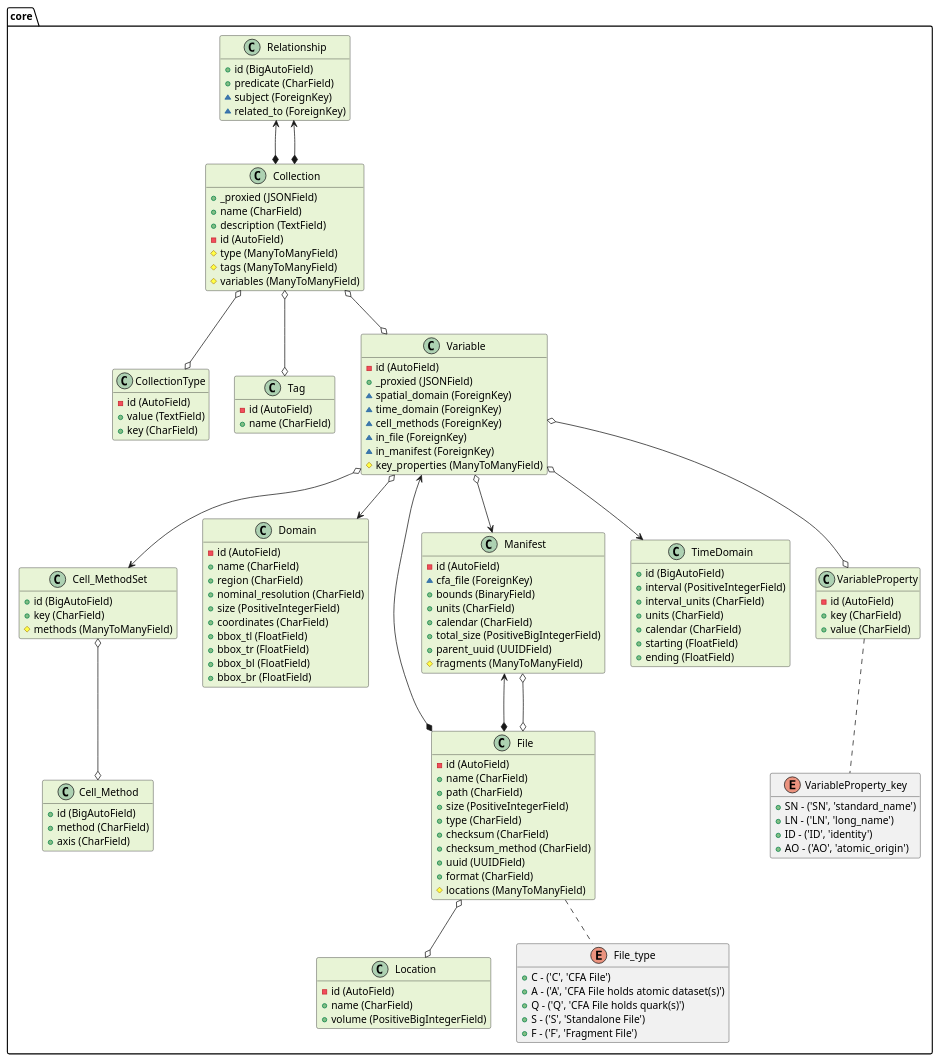
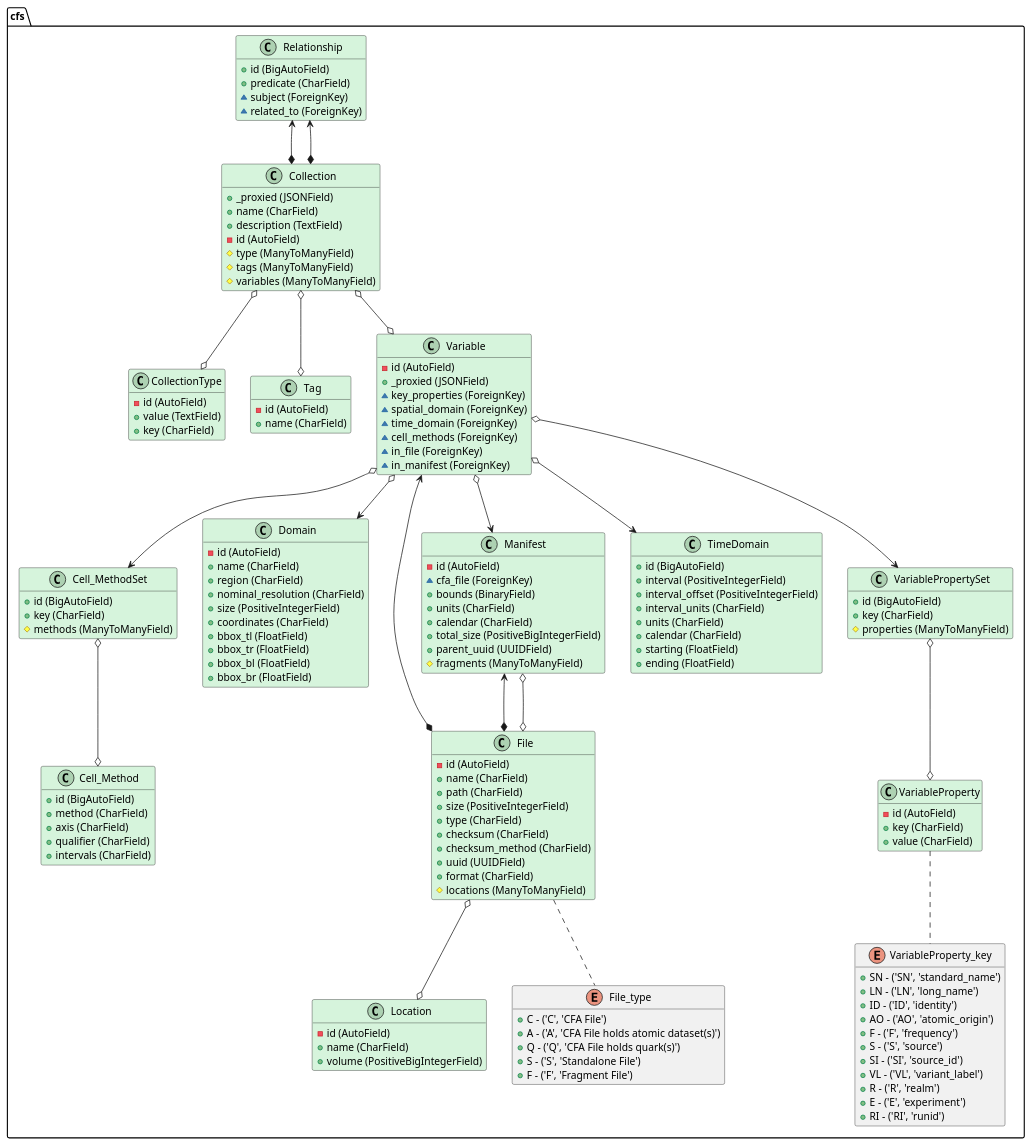
One commit to bnlawrence/cfs changed the diagram in docs/diagrams/src/db_uml.pu. Above: the diagram before and after it, drawn with PlantUML. The commit also changed 6 other files, not shown here.

```diff
--- a/docs/diagrams/src/db_uml.pu
+++ b/docs/diagrams/src/db_uml.pu
@@ -1,158 +1,176 @@
 @startuml 
 hide attributes
-class core.Cell_Method #e8f4d6 {
+class cfs.Cell_Method #d6f4dc {
     + id (BigAutoField)
     + method (CharField)
     + axis (CharField)
+    + qualifier (CharField)
+    + intervals (CharField)
 }
 
 
-class core.Cell_MethodSet #e8f4d6 {
+class cfs.Cell_MethodSet #d6f4dc {
     + id (BigAutoField)
     + key (CharField)
     # methods (ManyToManyField)
 }
-core.Cell_MethodSet o--o core.Cell_Method
+cfs.Cell_MethodSet o--o cfs.Cell_Method
 
 
-class core.CollectionType #e8f4d6 {
+class cfs.CollectionType #d6f4dc {
     - id (AutoField)
     + value (TextField)
     + key (CharField)
 }
 
 
-class core.Collection #e8f4d6 {
+class cfs.Collection #d6f4dc {
     + _proxied (JSONField)
     + name (CharField)
     + description (TextField)
     - id (AutoField)
     # type (ManyToManyField)
     # tags (ManyToManyField)
     # variables (ManyToManyField)
 }
-core.Collection o--o core.CollectionType
-core.Collection o--o core.Tag
-core.Collection o--o core.Variable
+cfs.Collection o--o cfs.CollectionType
+cfs.Collection o--o cfs.Tag
+cfs.Collection o--o cfs.Variable
 
 
-class core.Domain #e8f4d6 {
+class cfs.Domain #d6f4dc {
     - id (AutoField)
     + name (CharField)
     + region (CharField)
     + nominal_resolution (CharField)
     + size (PositiveIntegerField)
     + coordinates (CharField)
     + bbox_tl (FloatField)
     + bbox_tr (FloatField)
     + bbox_bl (FloatField)
     + bbox_br (FloatField)
 }
 
 
-class core.File #e8f4d6 {
+class cfs.File #d6f4dc {
     - id (AutoField)
     + name (CharField)
     + path (CharField)
     + size (PositiveIntegerField)
     + type (CharField)
     + checksum (CharField)
     + checksum_method (CharField)
     + uuid (UUIDField)
     + format (CharField)
     # locations (ManyToManyField)
 }
-core.File o--o core.Location
-core.File .- core.File_type
+cfs.File o--o cfs.Location
+cfs.File .- cfs.File_type
 
 
-class core.Location #e8f4d6 {
+class cfs.Location #d6f4dc {
     - id (AutoField)
     + name (CharField)
     + volume (PositiveBigIntegerField)
 }
 
 
-class core.Manifest #e8f4d6 {
+class cfs.Manifest #d6f4dc {
     - id (AutoField)
     ~ cfa_file (ForeignKey)
     + bounds (BinaryField)
     + units (CharField)
     + calendar (CharField)
     + total_size (PositiveBigIntegerField)
     + parent_uuid (UUIDField)
     # fragments (ManyToManyField)
 }
-core.Manifest <--* core.File
-core.Manifest o--o core.File
+cfs.Manifest <--* cfs.File
+cfs.Manifest o--o cfs.File
 
 
-class core.Relationship #e8f4d6 {
+class cfs.Relationship #d6f4dc {
     + id (BigAutoField)
     + predicate (CharField)
     ~ subject (ForeignKey)
     ~ related_to (ForeignKey)
 }
-core.Relationship <--* core.Collection
-core.Relationship <--* core.Collection
+cfs.Relationship <--* cfs.Collection
+cfs.Relationship <--* cfs.Collection
 
 
-class core.Tag #e8f4d6 {
+class cfs.Tag #d6f4dc {
     - id (AutoField)
     + name (CharField)
 }
 
 
-class core.TimeDomain #e8f4d6 {
+class cfs.TimeDomain #d6f4dc {
     + id (BigAutoField)
     + interval (PositiveIntegerField)
+    + interval_offset (PositiveIntegerField)
     + interval_units (CharField)
     + units (CharField)
     + calendar (CharField)
     + starting (FloatField)
     + ending (FloatField)
 }
 
 
-class core.VariableProperty #e8f4d6 {
+class cfs.VariableProperty #d6f4dc {
     - id (AutoField)
     + key (CharField)
     + value (CharField)
 }
-core.VariableProperty .- core.VariableProperty_key
+cfs.VariableProperty .- cfs.VariableProperty_key
 
 
-class core.Variable #e8f4d6 {
+class cfs.VariablePropertySet #d6f4dc {
+    + id (BigAutoField)
+    + key (CharField)
+    # properties (ManyToManyField)
+}
+cfs.VariablePropertySet o--o cfs.VariableProperty
+
+
+class cfs.Variable #d6f4dc {
     - id (AutoField)
     + _proxied (JSONField)
+    ~ key_properties (ForeignKey)
     ~ spatial_domain (ForeignKey)
     ~ time_domain (ForeignKey)
     ~ cell_methods (ForeignKey)
     ~ in_file (ForeignKey)
     ~ in_manifest (ForeignKey)
-    # key_properties (ManyToManyField)
 }
-core.Variable o--> core.Domain
-core.Variable o--> core.TimeDomain
-core.Variable o--> core.Cell_MethodSet
-core.Variable <--* core.File
-core.Variable o--> core.Manifest
-core.Variable o--o core.VariableProperty
+cfs.Variable o--> cfs.VariablePropertySet
+cfs.Variable o--> cfs.Domain
+cfs.Variable o--> cfs.TimeDomain
+cfs.Variable o--> cfs.Cell_MethodSet
+cfs.Variable <--* cfs.File
+cfs.Variable o--> cfs.Manifest
 
 
-enum core.File_type{
+enum cfs.File_type{
     + C - ('C', 'CFA File')
     + A - ('A', 'CFA File holds atomic dataset(s)')
     + Q - ('Q', 'CFA File holds quark(s)')
     + S - ('S', 'Standalone File')
     + F - ('F', 'Fragment File')
 }
 
-enum core.VariableProperty_key{
+enum cfs.VariableProperty_key{
     + SN - ('SN', 'standard_name')
     + LN - ('LN', 'long_name')
     + ID - ('ID', 'identity')
     + AO - ('AO', 'atomic_origin')
+    + F - ('F', 'frequency')
+    + S - ('S', 'source')
+    + SI - ('SI', 'source_id')
+    + VL - ('VL', 'variant_label')
+    + R - ('R', 'realm')
+    + E - ('E', 'experiment')
+    + RI - ('RI', 'runid')
 }
 
 @enduml
```
